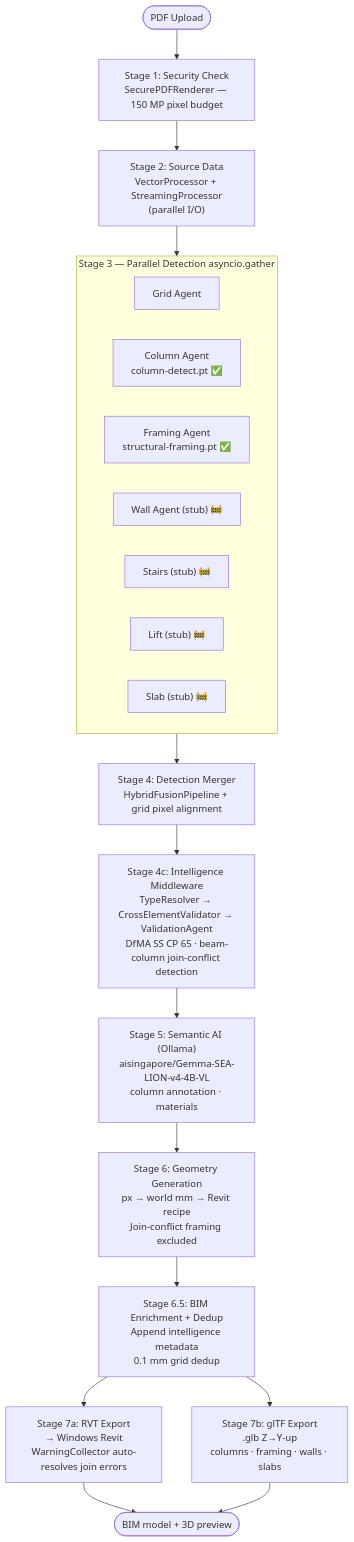
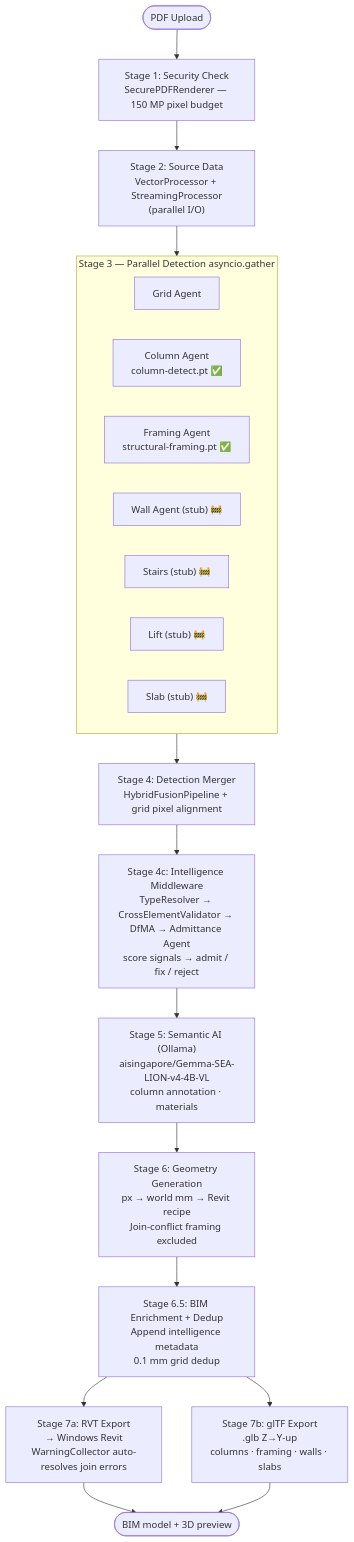
Before and after one commit to josephteh97/mcc-amplify-v4: the second of 3 diagrams in DEPLOYMENT.md, drawn with Mermaid. The commit also changed other lines of this file and 2 other files, not shown here.

````diff
--- a/DEPLOYMENT.md
+++ b/DEPLOYMENT.md
@@ -63,27 +63,27 @@
 ```mermaid
 flowchart TD
     PDF(["PDF Upload"]) --> SEC["Stage 1: Security Check\nSecurePDFRenderer — 150 MP pixel budget"]
 
     SEC --> SRC["Stage 2: Source Data\nVectorProcessor + StreamingProcessor\n(parallel I/O)"]
 
     SRC --> AGENTS
 
     subgraph AGENTS["Stage 3 — Parallel Detection  asyncio.gather"]
         direction LR
         G["Grid Agent"]
         C["Column Agent\ncolumn-detect.pt ✅"]
         F["Framing Agent\nstructural-framing.pt ✅"]
         W["Wall Agent (stub) 🚧"]
         ST["Stairs (stub) 🚧"]
         LI["Lift (stub) 🚧"]
         SL["Slab (stub) 🚧"]
     end
 
     AGENTS --> MERGE["Stage 4: Detection Merger\nHybridFusionPipeline + grid pixel alignment"]
-    MERGE --> INT["Stage 4c: Intelligence Middleware\nTypeResolver → CrossElementValidator → ValidationAgent\nDfMA SS CP 65 · beam-column join-conflict detection"]
+    MERGE --> INT["Stage 4c: Intelligence Middleware\nTypeResolver → CrossElementValidator → DfMA → Admittance Agent\nscore signals → admit / fix / reject"]
     INT --> SEM["Stage 5: Semantic AI (Ollama)\naisingapore/Gemma-SEA-LION-v4-4B-VL\ncolumn annotation · materials"]
     SEM --> GEO["Stage 6: Geometry Generation\npx → world mm → Revit recipe\nJoin-conflict framing excluded"]
     GEO --> BTE["Stage 6.5: BIM Enrichment + Dedup\nAppend intelligence metadata\n0.1 mm grid dedup"]
     BTE --> RVT["Stage 7a: RVT Export\n→ Windows Revit\nWarningCollector auto-resolves join errors"] & GLT["Stage 7b: glTF Export\n.glb Z→Y-up\ncolumns · framing · walls · slabs"]
     RVT & GLT --> DONE(["BIM model + 3D preview"])
 ```
````
